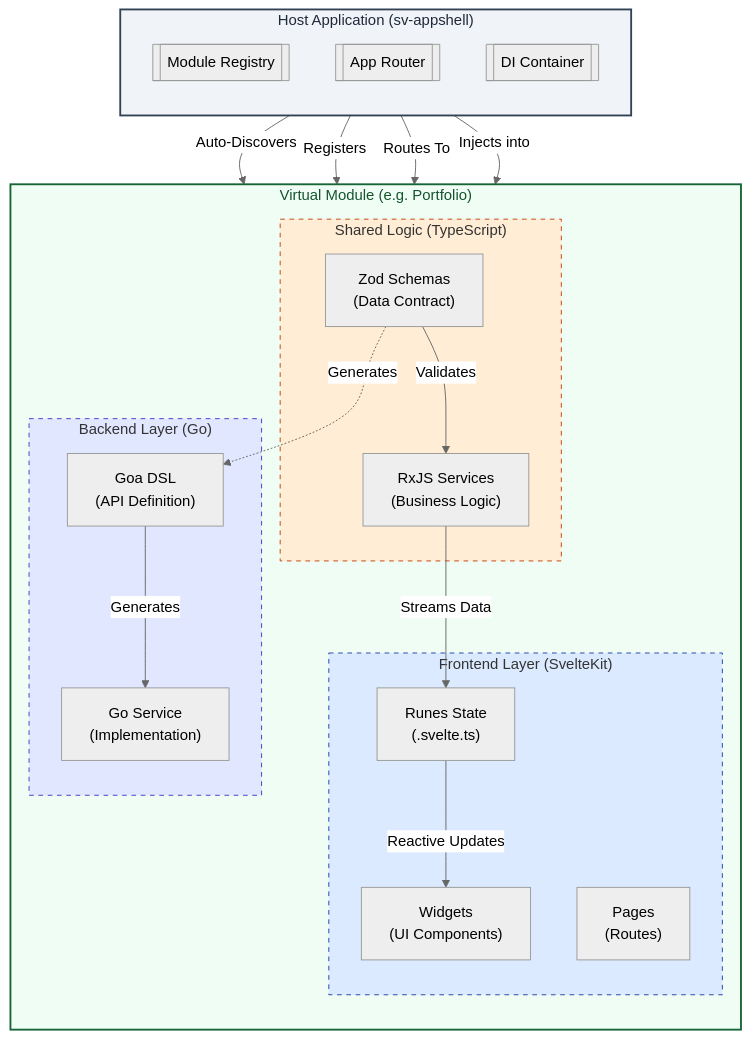
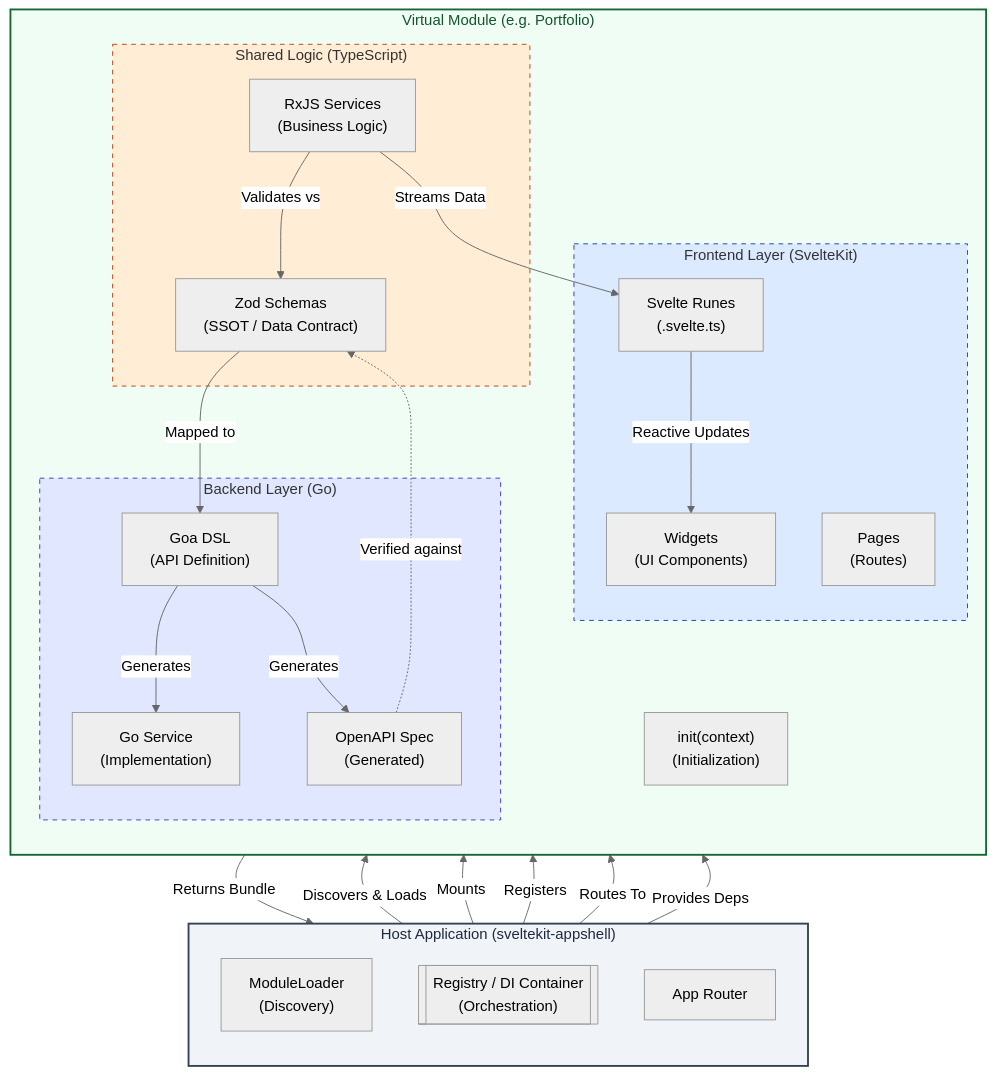
The diagram in docs/VIRTUAL-MODULE-ARCHITECTURE.md (reidlai/virtual-module-core), drawn with Mermaid (neutral theme) before and after one commit. The commit also changed other lines of this file, not shown here.

````diff
--- a/docs/VIRTUAL-MODULE-ARCHITECTURE.md
+++ b/docs/VIRTUAL-MODULE-ARCHITECTURE.md
@@ -15,54 +19,62 @@
 ```mermaid
 flowchart TD
     %% Subgraph for Host Application
-    subgraph HostApp ["Host Application (sv-appshell)"]
+    subgraph HostApp ["Host Application (sveltekit-appshell)"]
         direction TB
-        Registry[["Module Registry"]]
-        AppRouter[["App Router"]]
-        DI[["DI Container"]]
+        Loader["ModuleLoader<br/>(Discovery)"]
+        Registry[["Registry / DI Container<br/>(Orchestration)"]]
+        AppRouter["App Router"]
     end
 
     %% Subgraph for Virtual Module
     subgraph VirtualModule ["Virtual Module (e.g. Portfolio)"]
         direction TB
+        Init["init(context)<br/>(Initialization)"]
 
         %% Frontend Layer
         subgraph Frontend ["Frontend Layer (SvelteKit)"]
             Widgets["Widgets<br/>(UI Components)"]
             Pages["Pages<br/>(Routes)"]
-            Runes["Runes State<br/>(.svelte.ts)"]
+            Runes["Svelte Runes<br/>(.svelte.ts)"]
         end
 
         %% Shared Logic
         subgraph Shared ["Shared Logic (TypeScript)"]
             Services["RxJS Services<br/>(Business Logic)"]
-            Schemas["Zod Schemas<br/>(Data Contract)"]
+            Schemas["Zod Schemas<br/>(SSOT / Data Contract)"]
         end
 
         %% Backend Layer
         subgraph Backend ["Backend Layer (Go)"]
             GoService["Go Service<br/>(Implementation)"]
             GoaDSL["Goa DSL<br/>(API Definition)"]
+            OpenAPI["OpenAPI Spec<br/>(Generated)"]
         end
     end
 
-    %% Wiring & Integration
-    Registry -- "Auto-Discovers" --> Widgets
+    %% Lifecycle & Wiring
+    Loader -- "Discovers & Loads" --> Init
+    Init -- "Returns Bundle" --> Registry
+    Registry -- "Mounts" --> Widgets
     Registry -- "Registers" --> Pages
     AppRouter -- "Routes To" --> Pages
-    DI -- "Injects into" --> Services
+    Registry -- "Provides Deps" --> Services
 
     %% Internal Module Flow
+    Services -- "Validates vs" --> Schemas
     Services -- "Streams Data" --> Runes
     Runes -- "Reactive Updates" --> Widgets
-    Schemas -- "Validates" --> Services
-    Schemas -. "Generates" .-> GoaDSL
+    Schemas -- "Mapped to" --> GoaDSL
     GoaDSL -- "Generates" --> GoService
+    GoaDSL -- "Generates" --> OpenAPI
+
+    %% Contract Verification Loop
+    OpenAPI -. "Verified against" .-> Schemas
 
     %% Styling
     style HostApp fill:#f0f4f8,stroke:#334155,stroke-width:2px,color:#1e293b
     style VirtualModule fill:#f0fdf4,stroke:#166534,stroke-width:2px,color:#14532d
     style Frontend fill:#dbeafe,stroke:#1e40af,stroke-dasharray: 5 5
     style Shared fill:#ffedd5,stroke:#c2410c,stroke-dasharray: 5 5
     style Backend fill:#e0e7ff,stroke:#4338ca,stroke-dasharray: 5 5
 ```
````
